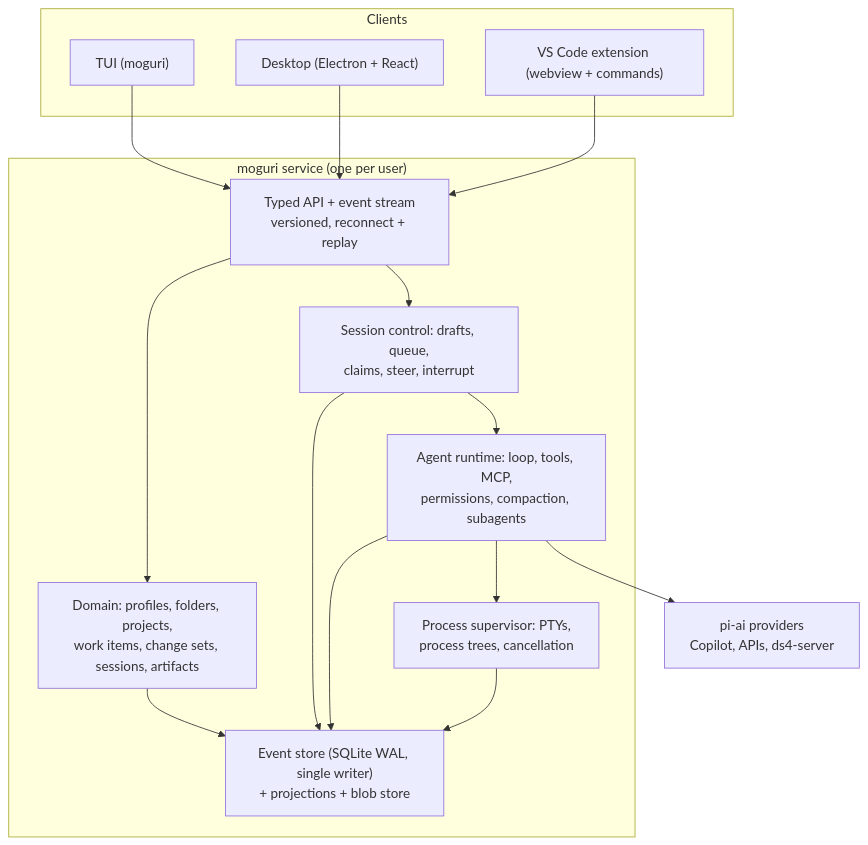
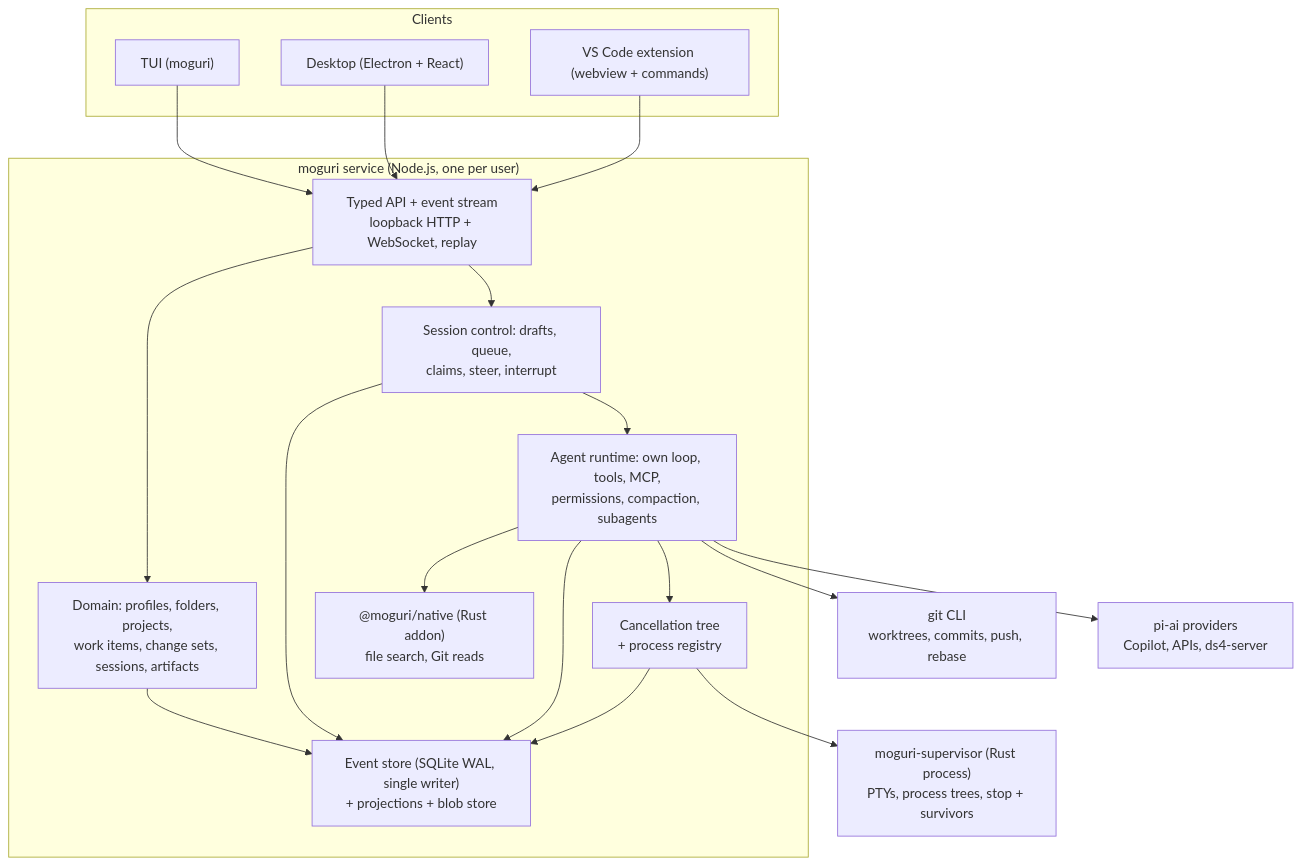
One commit to moguri-dev/moguri-sdk changed the diagram in docs/architecture/from-scratch-complexity.md. Above: the diagram before and after it, drawn with Mermaid. The commit also changed other lines of this file and 3 other files, not shown here.

````diff
--- a/docs/architecture/from-scratch-complexity.md
+++ b/docs/architecture/from-scratch-complexity.md
@@ -40,29 +40,35 @@
 ```mermaid
 flowchart TB
   subgraph Clients
     TUI["TUI (moguri)"]
     DESK["Desktop (Electron + React)"]
     VSX["VS Code extension (webview + commands)"]
   end
-  subgraph Service["moguri service (one per user)"]
-    API["Typed API + event stream<br/>versioned, reconnect + replay"]
+  subgraph Service["moguri service (Node.js, one per user)"]
+    API["Typed API + event stream<br/>loopback HTTP + WebSocket, replay"]
     CORE["Domain: profiles, folders, projects,<br/>work items, change sets, sessions, artifacts"]
     CTRL["Session control: drafts, queue,<br/>claims, steer, interrupt"]
-    RUN["Agent runtime: loop, tools, MCP,<br/>permissions, compaction, subagents"]
-    PROC["Process supervisor: PTYs,<br/>process trees, cancellation"]
+    RUN["Agent runtime: own loop, tools, MCP,<br/>permissions, compaction, subagents"]
+    PROC["Cancellation tree<br/>+ process registry"]
+    NATIVE["@moguri/native (Rust addon)<br/>file search, Git reads"]
     STORE["Event store (SQLite WAL, single writer)<br/>+ projections + blob store"]
   end
+  SUP["moguri-supervisor (Rust process)<br/>PTYs, process trees, stop + survivors"]
+  GIT["git CLI<br/>worktrees, commits, push, rebase"]
   PROV["pi-ai providers<br/>Copilot, APIs, ds4-server"]
   TUI --> API
   DESK --> API
   VSX --> API
   API --> CORE
   API --> CTRL
   CTRL --> RUN
   RUN --> PROC
+  RUN --> NATIVE
+  RUN --> GIT
   RUN --> PROV
+  PROC --> SUP
   CORE --> STORE
   CTRL --> STORE
   RUN --> STORE
   PROC --> STORE
 ```
````
